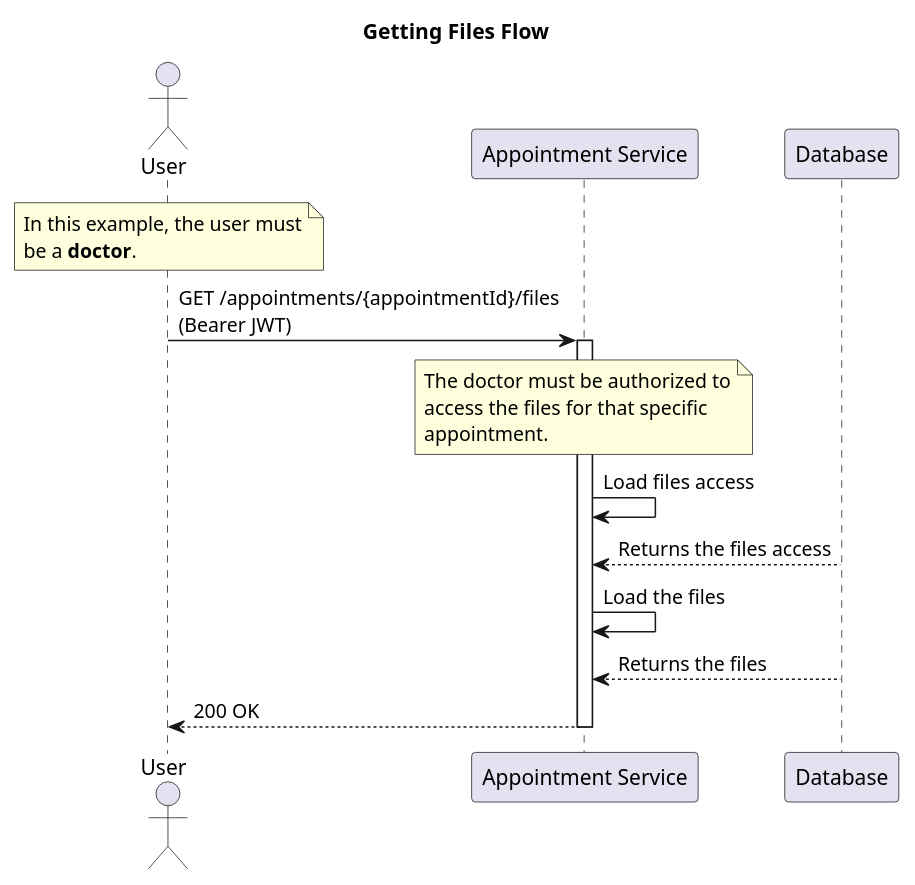
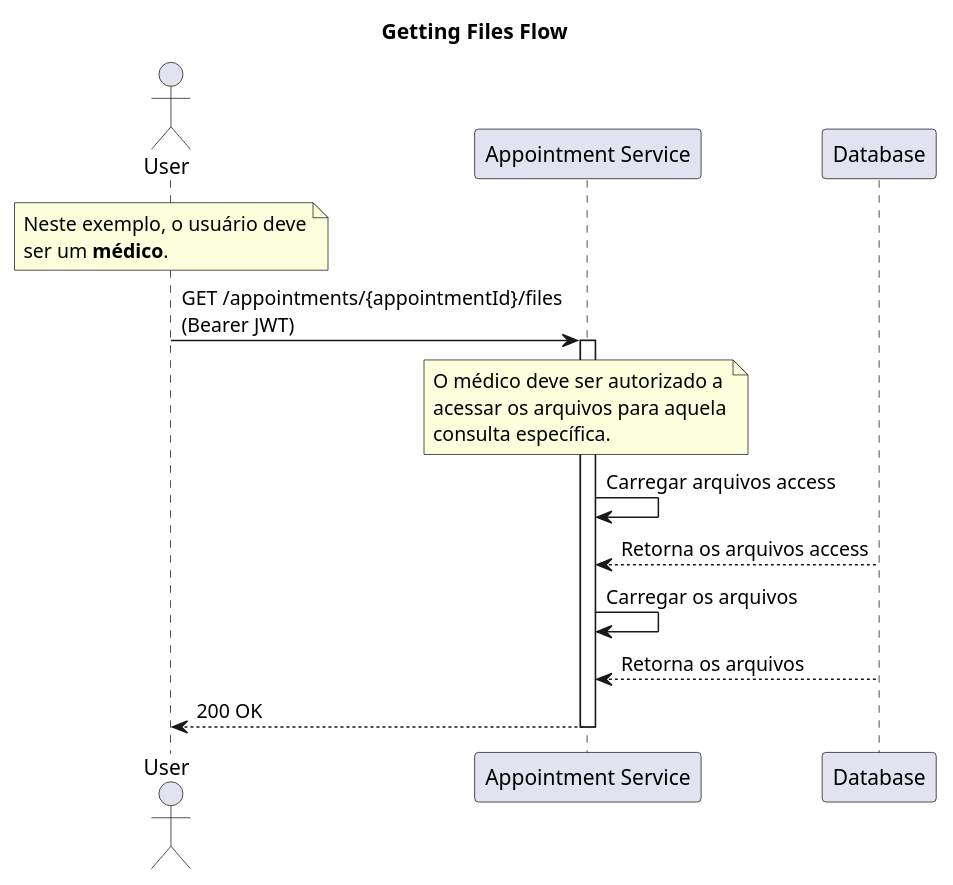
The diagram in docs/get_files.puml (jfelipearaujo-healthmed/appointment-service), drawn with PlantUML before and after one commit. The commit also changed 20 other files, not shown here.

```diff
--- a/docs/get_files.puml
+++ b/docs/get_files.puml
@@ -1,31 +1,31 @@
 @startuml get_files
 
 title Getting Files Flow
 
 actor "User" as user
 participant "Appointment Service" as appointment_service
 participant "Database" as database
 
 note over user
-In this example, the user must
-be a **doctor**.
+Neste exemplo, o usuário deve
+ser um **médico**.
 end note
 
 user -> appointment_service: GET /appointments/{appointmentId}/files\n(Bearer JWT)
 
 activate appointment_service
 
 note over appointment_service
-The doctor must be authorized to
-access the files for that specific
-appointment.
+O médico deve ser autorizado a
+acessar os arquivos para aquela
+consulta específica.
 end note
 
-appointment_service -> appointment_service: Load files access
-database --> appointment_service: Returns the files access
-appointment_service -> appointment_service: Load the files
-database --> appointment_service: Returns the files
+appointment_service -> appointment_service: Carregar arquivos access
+database --> appointment_service: Retorna os arquivos access
+appointment_service -> appointment_service: Carregar os arquivos
+database --> appointment_service: Retorna os arquivos
 appointment_service --> user: 200 OK
 deactivate appointment_service
 
 @enduml
```
